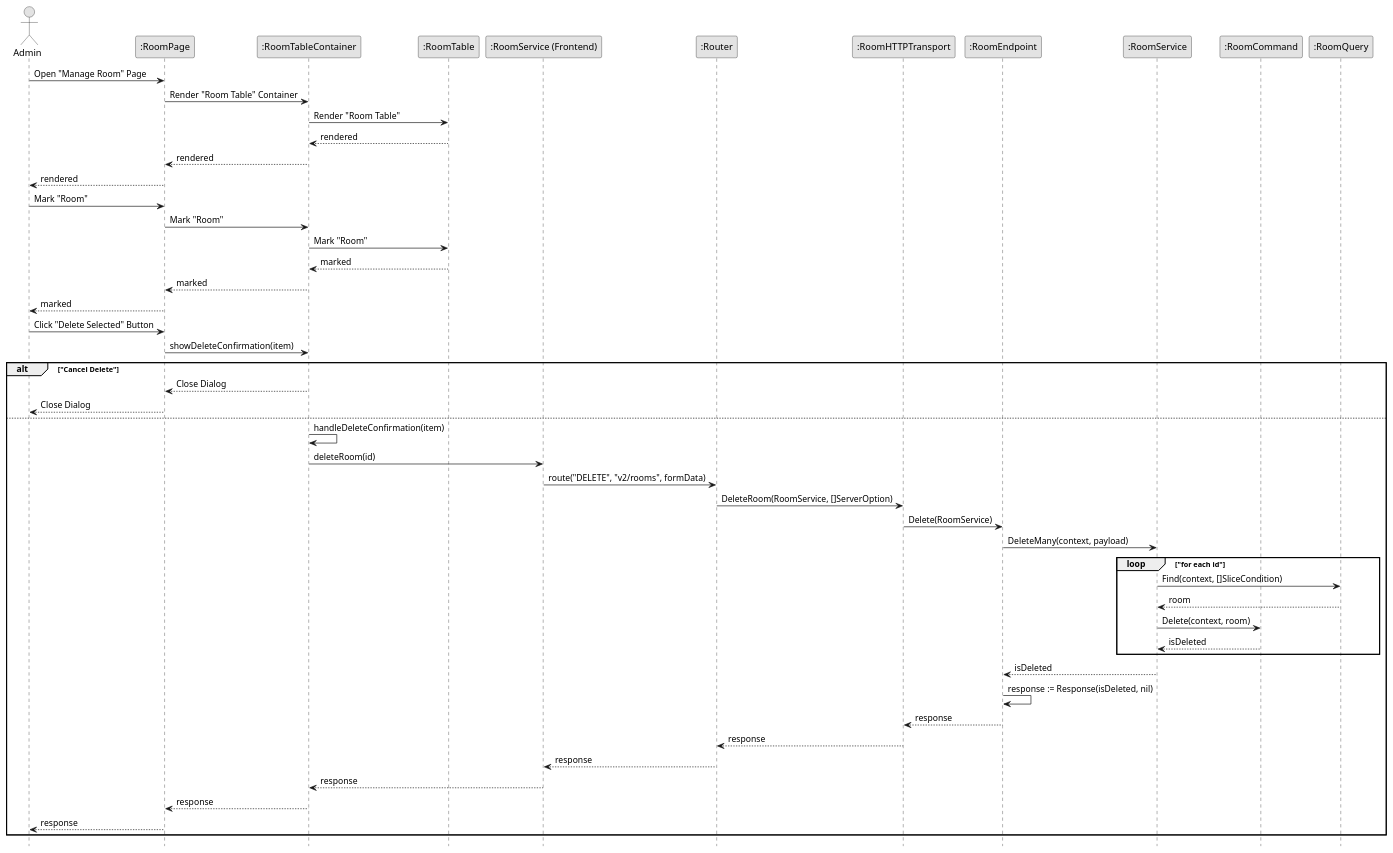
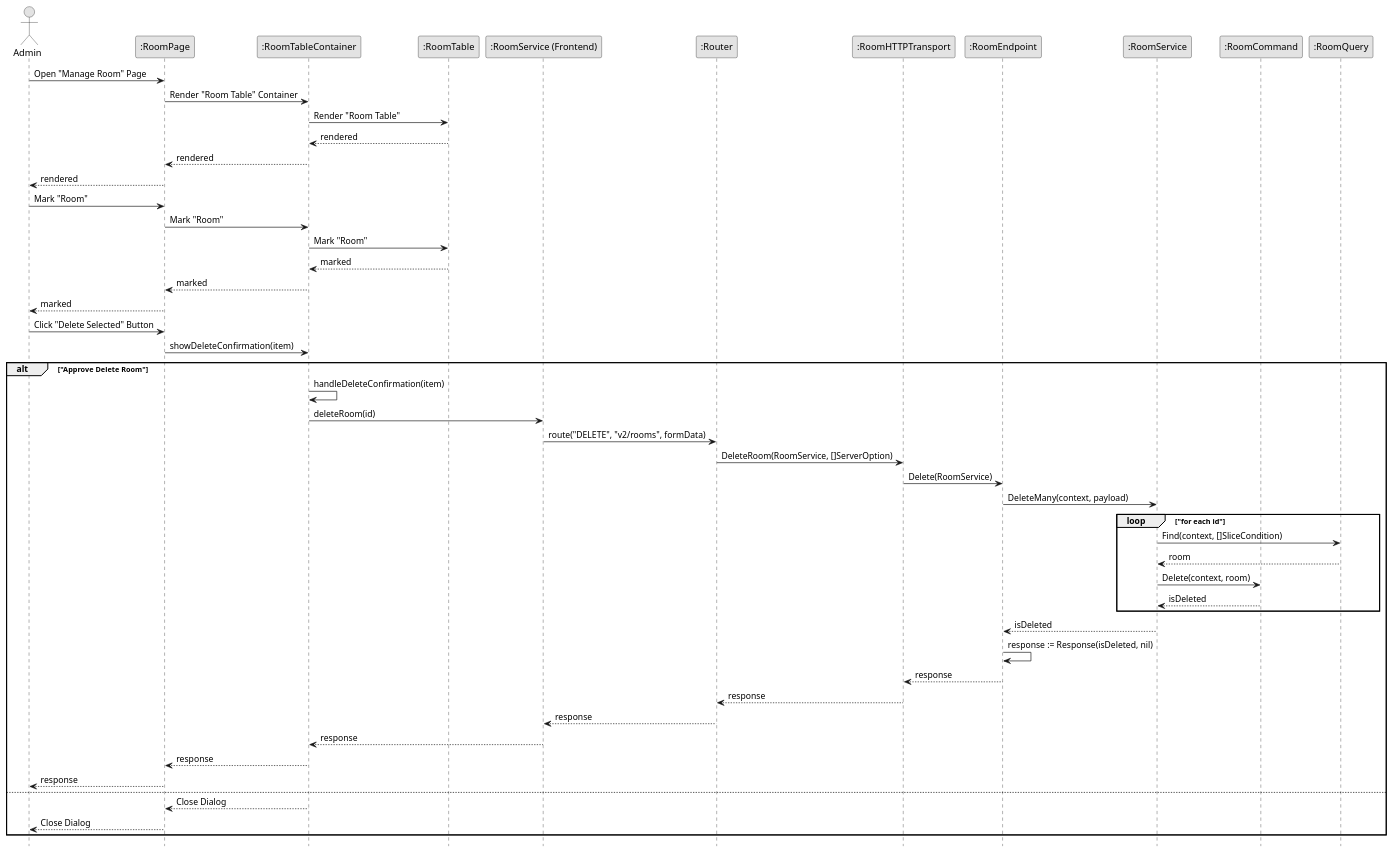
One commit to fwidjaya20/fazzlearning-uml changed the diagram in Final/Sequence/Room/DeleteRoom.wsd. Above: the diagram before and after it, drawn with PlantUML. The commit also changed 47 other files, not shown here.

```diff
--- a/Final/Sequence/Room/DeleteRoom.wsd
+++ b/Final/Sequence/Room/DeleteRoom.wsd
@@ -1,65 +1,65 @@
 @startuml DeleteRoom
 
 skinparam Monochrome true
 skinparam Shadowing false
 hide footbox
 
 actor Admin
 participant ":RoomPage" as RoomPage
 participant ":RoomTableContainer" as RoomTableContainer
 participant ":RoomTable" as RoomTable
 participant ":RoomService (Frontend)" as FERoomService
 participant ":Router" as Router
 participant ":RoomHTTPTransport" as RoomHTTPTransport
 participant ":RoomEndpoint" as RoomEndpoint
 participant ":RoomService" as RoomService
 participant ":RoomCommand" as RoomCommand
 participant ":RoomQuery" as RoomQuery
 
 Admin->RoomPage: Open "Manage Room" Page
 RoomPage->RoomTableContainer: Render "Room Table" Container
 RoomTableContainer->RoomTable: Render "Room Table"
 RoomTable-->RoomTableContainer: rendered
 RoomTableContainer-->RoomPage: rendered
 RoomPage-->Admin: rendered
 
 Admin->RoomPage: Mark "Room"
 RoomPage->RoomTableContainer: Mark "Room"
 RoomTableContainer->RoomTable: Mark "Room"
 RoomTable-->RoomTableContainer: marked
 RoomTableContainer-->RoomPage: marked
 RoomPage-->Admin: marked
 
 Admin->RoomPage: Click "Delete Selected" Button
 RoomPage->RoomTableContainer: showDeleteConfirmation(item)
 
-alt "Cancel Delete"
-    RoomTableContainer-->RoomPage: Close Dialog
-    RoomPage-->Admin: Close Dialog
-else
+alt "Approve Delete Room"
     RoomTableContainer->RoomTableContainer: handleDeleteConfirmation(item)
     RoomTableContainer->FERoomService: deleteRoom(id)
     FERoomService->Router: route("DELETE", "v2/rooms", formData)
     Router->RoomHTTPTransport: DeleteRoom(RoomService, []ServerOption)
     RoomHTTPTransport->RoomEndpoint: Delete(RoomService)
     RoomEndpoint->RoomService: DeleteMany(context, payload)
 
     loop "for each id"
         RoomService->RoomQuery: Find(context, []SliceCondition)
         RoomQuery-->RoomService: room
 
         RoomService->RoomCommand: Delete(context, room)
         RoomCommand-->RoomService: isDeleted
     end
 
     RoomService-->RoomEndpoint: isDeleted
     RoomEndpoint->RoomEndpoint: response := Response(isDeleted, nil)
     RoomEndpoint-->RoomHTTPTransport: response
     RoomHTTPTransport-->Router: response
     Router-->FERoomService: response
     FERoomService-->RoomTableContainer: response
     RoomTableContainer-->RoomPage: response
     RoomPage-->Admin: response
+else
+    RoomTableContainer-->RoomPage: Close Dialog
+    RoomPage-->Admin: Close Dialog
 end
 
 @enduml
```
